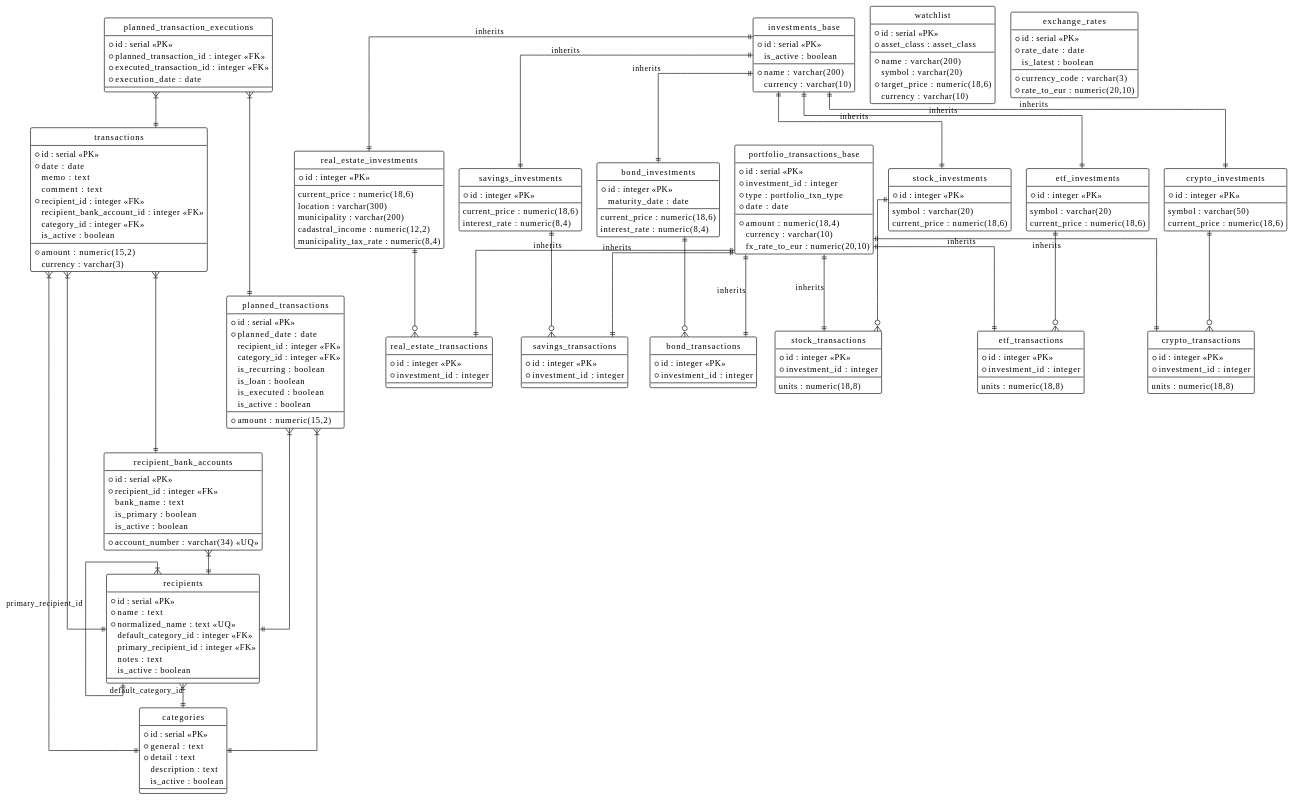
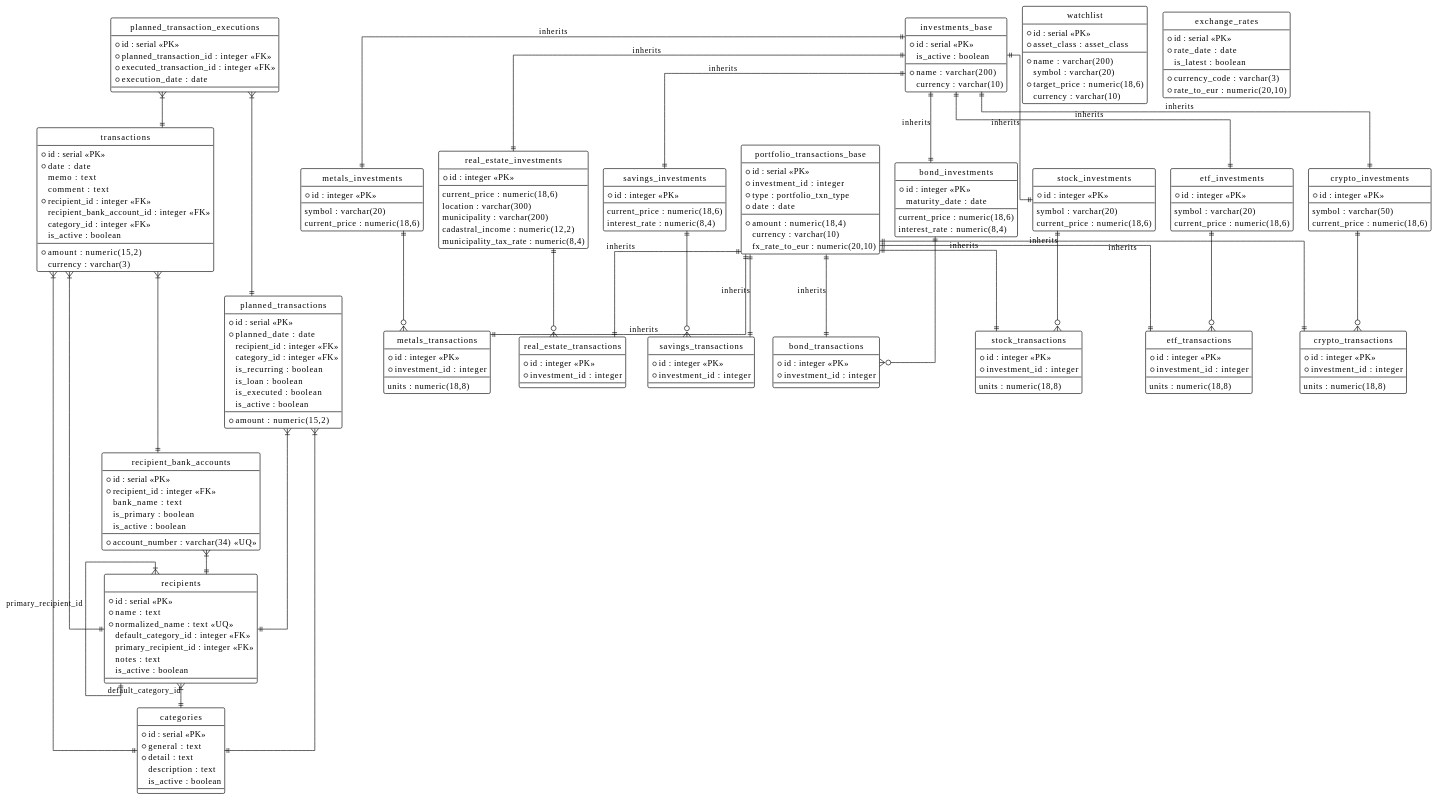
The fifth of 14 diagrams in docs/architecture/backend-architecture.md (EraPartner/Vision), drawn with PlantUML before and after one commit. The commit also changed other lines of this file and 85 other files, not shown here.

```diff
--- a/docs/architecture/backend-architecture.md
+++ b/docs/architecture/backend-architecture.md
@@ -487,6 +501,12 @@
   current_price : numeric(18,6)
 }
 
+entity "metals_investments" as metals_investments {
+  * id : integer <<PK>>
+  symbol : varchar(20)
+  current_price : numeric(18,6)
+}
+
 entity "real_estate_investments" as real_estate_investments {
   * id : integer <<PK>>
   current_price : numeric(18,6)
@@ -537,6 +557,12 @@
   units : numeric(18,8)
 }
 
+entity "metals_transactions" as metals_transactions {
+  * id : integer <<PK>>
+  * investment_id : integer
+  units : numeric(18,8)
+}
+
 entity "real_estate_transactions" as real_estate_transactions {
   * id : integer <<PK>>
   * investment_id : integer
@@ -582,6 +608,7 @@
 investments_base ||--|| stock_investments : inherits
 investments_base ||--|| etf_investments : inherits
 investments_base ||--|| crypto_investments : inherits
+investments_base ||--|| metals_investments : inherits
 investments_base ||--|| real_estate_investments : inherits
 investments_base ||--|| savings_investments : inherits
 investments_base ||--|| bond_investments : inherits
@@ -589,6 +616,7 @@
 portfolio_transactions_base ||--|| stock_transactions : inherits
 portfolio_transactions_base ||--|| etf_transactions : inherits
 portfolio_transactions_base ||--|| crypto_transactions : inherits
+portfolio_transactions_base ||--|| metals_transactions : inherits
 portfolio_transactions_base ||--|| real_estate_transactions : inherits
 portfolio_transactions_base ||--|| savings_transactions : inherits
 portfolio_transactions_base ||--|| bond_transactions : inherits
@@ -596,6 +624,7 @@
 stock_investments ||--o{ stock_transactions
 etf_investments ||--o{ etf_transactions
 crypto_investments ||--o{ crypto_transactions
+metals_investments ||--o{ metals_transactions
 real_estate_investments ||--o{ real_estate_transactions
 savings_investments ||--o{ savings_transactions
 bond_investments ||--o{ bond_transactions
```
